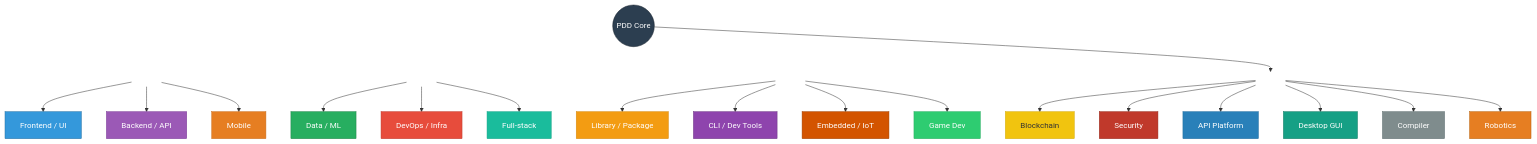
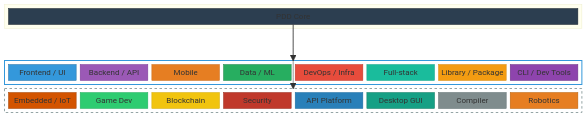
One commit to harshal2802/pdd-skill changed the third of 5 diagrams in docs/philosophy.md. Above: the diagram before and after it, drawn with Mermaid.

Commit message:
Improve Project Type Flavors diagram readability
Replace graph TD tree layout with block-beta grid layout. Each flavor
gets its own readable box in a 4-column grid, grouped into supported
(solid border) and community (dashed border) tiers.

````diff
--- a/docs/philosophy.md
+++ b/docs/philosophy.md
@@ -118,52 +118,55 @@
 ```mermaid
-graph TD
-    PDD((PDD Core))
+block-beta
+    columns 4
 
-    PDD --> row1[ ] & row2[ ] & row3[ ] & row4[ ]
+    space:4
+    block:core:4
+        PDD["PDD Core"]
+    end
+    space:4
 
-    row1 --> FE["Frontend / UI"]
-    row1 --> BE["Backend / API"]
-    row1 --> MO["Mobile"]
+    block:supported:4
+        FE["Frontend / UI"]
+        BE["Backend / API"]
+        MO["Mobile"]
+        DA["Data / ML"]
+        DO["DevOps / Infra"]
+        FS["Full-stack"]
+        LB["Library / Package"]
+        CL["CLI / Dev Tools"]
+    end
 
-    row2 --> DA["Data / ML"]
-    row2 --> DO["DevOps / Infra"]
-    row2 --> FS["Full-stack"]
+    block:community:4
+        EM["Embedded / IoT"]
+        GD["Game Dev"]
+        BC["Blockchain"]
+        SC["Security"]
+        AP["API Platform"]
+        DG["Desktop GUI"]
+        CO["Compiler"]
+        RO["Robotics"]
+    end
 
-    row3 --> LB["Library / Package"]
-    row3 --> CL["CLI / Dev Tools"]
-    row3 --> EM["Embedded / IoT"]
-    row3 --> GD["Game Dev"]
+    PDD --> supported
+    PDD --> community
 
-    row4 --> BC["Blockchain"]
-    row4 --> SC["Security"]
-    row4 --> AP["API Platform"]
-    row4 --> DG["Desktop GUI"]
-    row4 --> CO["Compiler"]
-    row4 --> RO["Robotics"]
-
-    style row1 fill:none,stroke:none
-    style row2 fill:none,stroke:none
-    style row3 fill:none,stroke:none
-    style row4 fill:none,stroke:none
     style PDD fill:#2c3e50,stroke:#1a252f,color:#fff
+    style supported fill:none,stroke:#3498db,stroke-width:2px
+    style community fill:none,stroke:#95a5a6,stroke-width:2px,stroke-dasharray:5
     style FE fill:#3498db,stroke:#2471a3,color:#fff
     style BE fill:#9b59b6,stroke:#7d3c98,color:#fff
     style MO fill:#e67e22,stroke:#ca6f1e,color:#fff
     style DA fill:#27ae60,stroke:#1e8449,color:#fff
     style DO fill:#e74c3c,stroke:#c0392b,color:#fff
     style FS fill:#1abc9c,stroke:#17a589,color:#fff
     style LB fill:#f39c12,stroke:#d68910,color:#fff
     style CL fill:#8e44ad,stroke:#6c3483,color:#fff
     style EM fill:#d35400,stroke:#a04000,color:#fff
     style GD fill:#2ecc71,stroke:#27ae60,color:#fff
     style BC fill:#f1c40f,stroke:#d4ac0d,color:#333
     style SC fill:#c0392b,stroke:#96281b,color:#fff
     style AP fill:#2980b9,stroke:#1f6da0,color:#fff
     style DG fill:#16a085,stroke:#0e7a63,color:#fff
     style CO fill:#7f8c8d,stroke:#5d6d6e,color:#fff
     style RO fill:#e67e22,stroke:#b8620d,color:#fff
-
-    linkStyle 0 stroke:none
-    linkStyle 1 stroke:none
-    linkStyle 2 stroke:none
 ```
````
